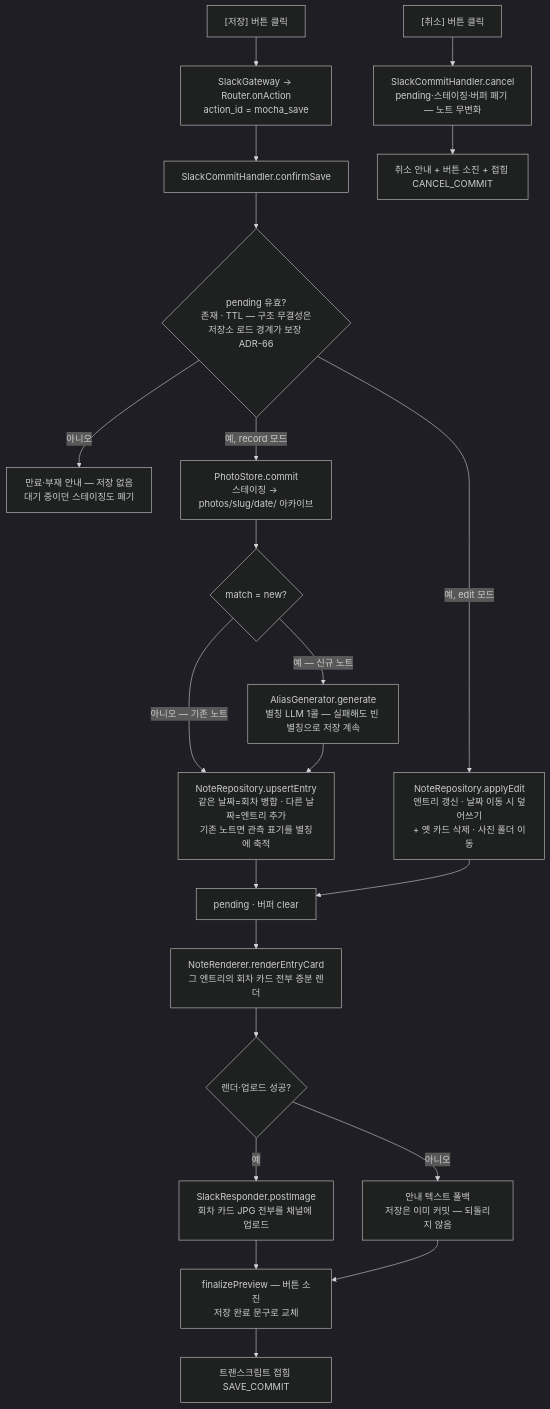
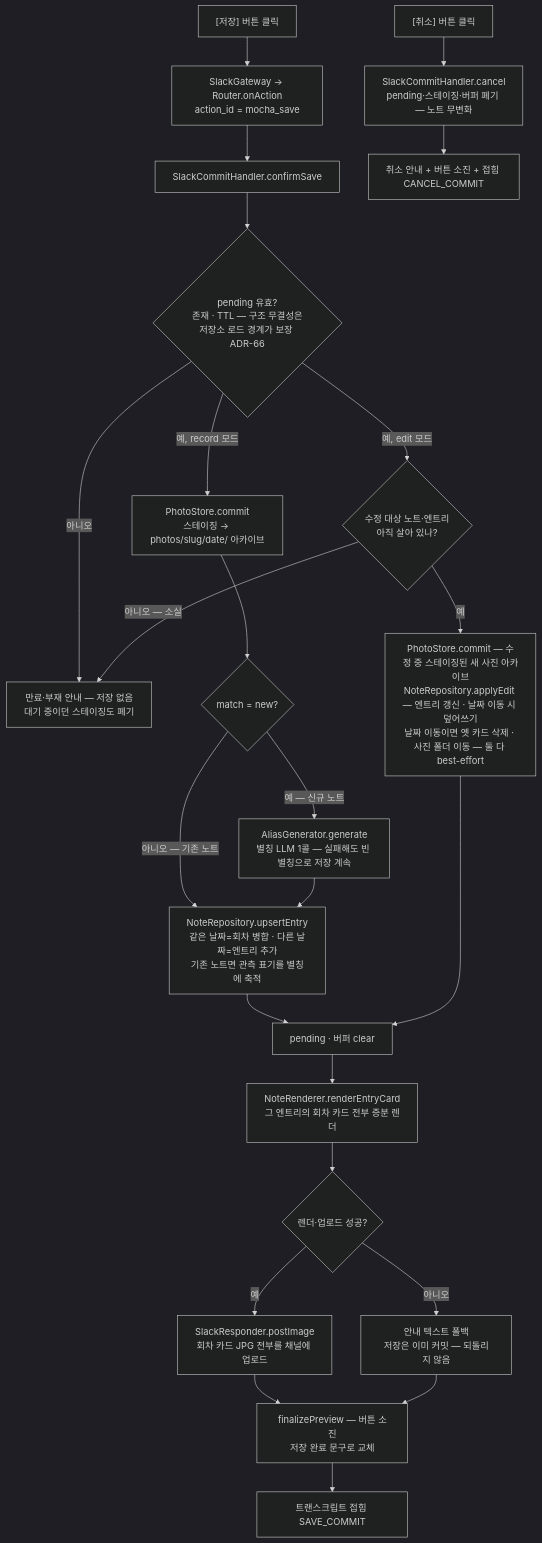
One commit to devwuu/mocha changed the fourth of 9 diagrams in docs/architecture-classes-and-flows.md. Above: the diagram before and after it, drawn with Mermaid (dark theme). The commit also changed other lines of this file, not shown here.

````diff
--- a/docs/architecture-classes-and-flows.md
+++ b/docs/architecture-classes-and-flows.md
@@ -438,25 +440,27 @@
 ```mermaid
 flowchart TB
     A["[저장] 버튼 클릭"] --> B[SlackGateway → Router.onAction<br/>action_id = mocha_save]
     B --> C[SlackCommitHandler.confirmSave]
     C --> D{pending 유효?<br/>존재 · TTL — 구조 무결성은<br/>저장소 로드 경계가 보장 ADR-66}
     D -->|아니오| E[만료·부재 안내 — 저장 없음<br/>대기 중이던 스테이징도 폐기]
     D -->|예, record 모드| F[PhotoStore.commit<br/>스테이징 → photos/slug/date/ 아카이브]
     F --> G{match = new?}
     G -->|예 — 신규 노트| H[AliasGenerator.generate<br/>별칭 LLM 1콜 — 실패해도 빈 별칭으로 저장 계속]
     G -->|아니오 — 기존 노트| I
     H --> I[NoteRepository.upsertEntry<br/>같은 날짜=회차 병합 · 다른 날짜=엔트리 추가<br/>기존 노트면 관측 표기를 별칭에 축적]
-    D -->|예, edit 모드| J[NoteRepository.applyEdit<br/>엔트리 갱신 · 날짜 이동 시 덮어쓰기<br/>+ 옛 카드 삭제 · 사진 폴더 이동]
+    D -->|예, edit 모드| J0{수정 대상 노트·엔트리<br/>아직 살아 있나?}
+    J0 -->|아니오 — 소실| E
+    J0 -->|예| J[PhotoStore.commit — 수정 중 스테이징된 새 사진 아카이브<br/>NoteRepository.applyEdit — 엔트리 갱신 · 날짜 이동 시 덮어쓰기<br/>날짜 이동이면 옛 카드 삭제 · 사진 폴더 이동 — 둘 다 best-effort]
     I --> K[pending · 버퍼 clear]
     J --> K
     K --> L[NoteRenderer.renderEntryCard<br/>그 엔트리의 회차 카드 전부 증분 렌더]
     L --> M{렌더·업로드 성공?}
     M -->|예| N[SlackResponder.postImage<br/>회차 카드 JPG 전부를 채널에 업로드]
     M -->|아니오| O[안내 텍스트 폴백<br/>저장은 이미 커밋 — 되돌리지 않음]
     N --> P[finalizePreview — 버튼 소진<br/>저장 완료 문구로 교체]
     O --> P
     P --> Q[트랜스크립트 접힘 SAVE_COMMIT]
 
     R["[취소] 버튼 클릭"] --> S[SlackCommitHandler.cancel<br/>pending·스테이징·버퍼 폐기 — 노트 무변화]
     S --> T[취소 안내 + 버튼 소진 + 접힘 CANCEL_COMMIT]
 ```
````
